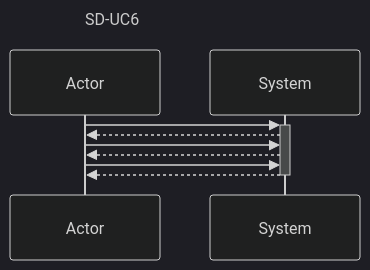
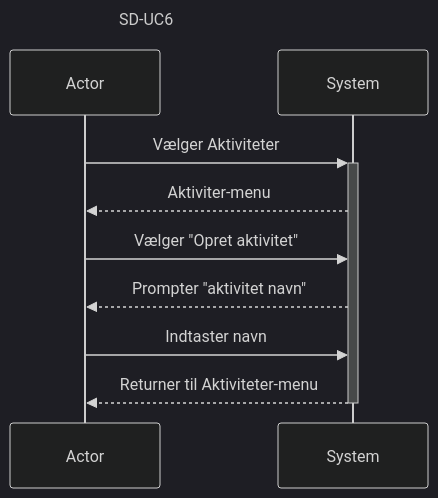
One commit to DMOoF25-Team-11-2/GettingReal changed the diagram in documentation/SD-UC6.mmd. Above: the diagram before and after it, drawn with Mermaid. The commit also changed 2 other files, not shown here.

```diff
--- a/documentation/SD-UC6.mmd
+++ b/documentation/SD-UC6.mmd
@@ -1,17 +1,20 @@
 ---
 config:
   theme: dark
   look: classic
   layout: dagre
 title: SD-UC6
 description: |
+    Brugeren oprette en aktivitet med et navn. 
+    Aktiviteten gemmes i systemet.
+
 ---
 sequenceDiagram
     participant User as Actor
     participant System
-    User->>+System: 
-    System-->>User: 
-    User->>System: 
-    System-->>User: 
-    User->>System: 
-    System-->>-User: 
+    User->>+System: Vælger Aktiviteter
+    System-->>User: Aktiviter-menu
+    User->>System: Vælger "Opret aktivitet"
+    System-->>User: Prompter "aktivitet navn"
+    User->>System: Indtaster navn
+    System-->>-User: Returner til Aktiviteter-menu
```
